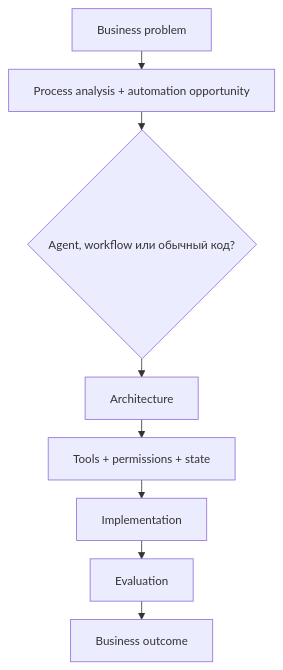
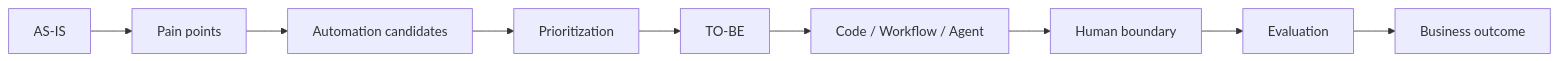
Before and after one commit to ertaipit-web/python-agent-workflow-course: the diagram in docs/course/week-8.md, drawn with Mermaid. The commit also changed other lines of this file and 10 other files, not shown here.

````diff
--- a/docs/course/week-8.md
+++ b/docs/course/week-8.md
@@ -64,5 +145,7 @@
 ```mermaid
-%%{init: {"flowchart": {"useMaxWidth": false, "nodeSpacing": 28, "rankSpacing": 22, "wrappingWidth": 460}, "themeVariables": {"fontSize": "14px"}}}%%
-flowchart TD
-  B["Business problem"] --> PO["Process analysis + automation opportunity"] --> A{"Agent, workflow или обычный код?"} --> AR["Architecture"] --> T["Tools + permissions + state"] --> I["Implementation"] --> E["Evaluation"] --> O2["Business outcome"]
+flowchart LR
+    ASIS["AS-IS"] --> PAIN["Pain points"] --> CANDIDATES["Automation candidates"]
+    CANDIDATES --> PRIORITY["Prioritization"] --> TOBE["TO-BE"]
+    TOBE --> CHOICE["Code / Workflow / Agent"] --> BOUNDARY["Human boundary"]
+    BOUNDARY --> EVAL["Evaluation"] --> OUTCOME["Business outcome"]
 ```
````
